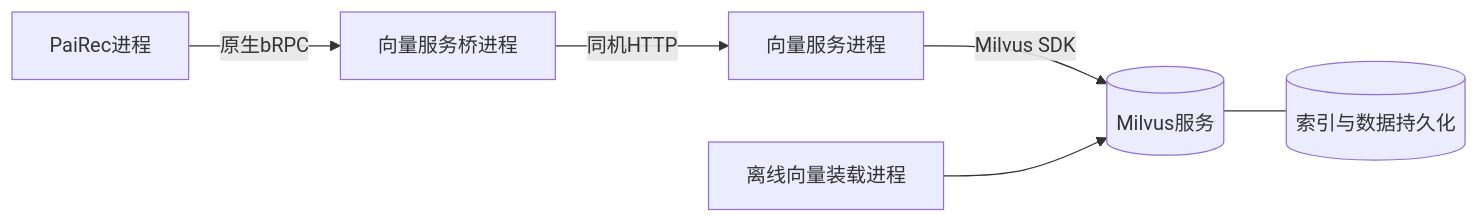
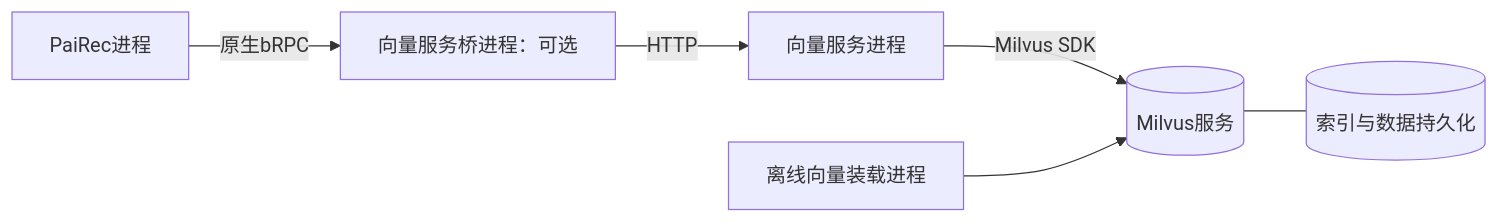
One commit to bitianyuan123/docs changed the diagram in diagrams/07_other_services_04.mmd. Above: the diagram before and after it, drawn with Mermaid. The commit also changed 85 other files, not shown here.

```diff
--- a/diagrams/07_other_services_04.mmd
+++ b/diagrams/07_other_services_04.mmd
@@ -1,6 +1,6 @@
 flowchart LR
-    P[PaiRec进程] -->|原生bRPC| B[向量服务桥进程]
-    B -->|同机HTTP| V[向量服务进程]
+    P[PaiRec进程] -->|原生bRPC| B[向量服务桥进程：可选]
+    B -->|HTTP| V[向量服务进程]
     V -->|Milvus SDK| M[(Milvus服务)]
     L[离线向量装载进程] --> M
     M --- D[(索引与数据持久化)]
```
